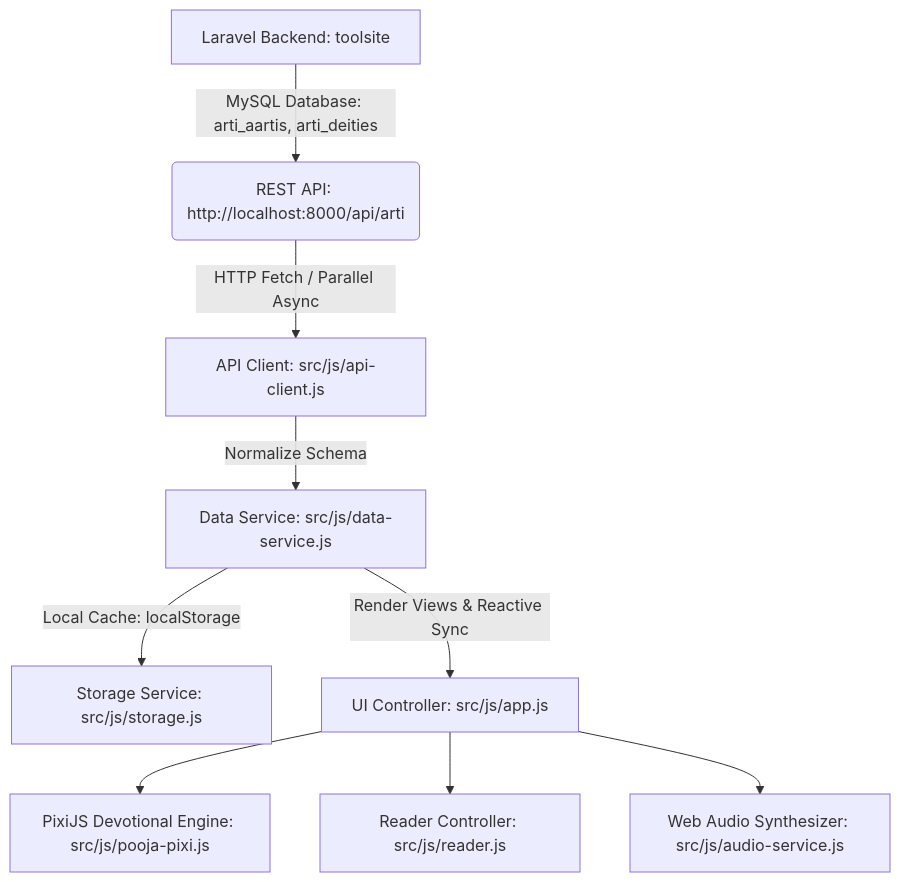
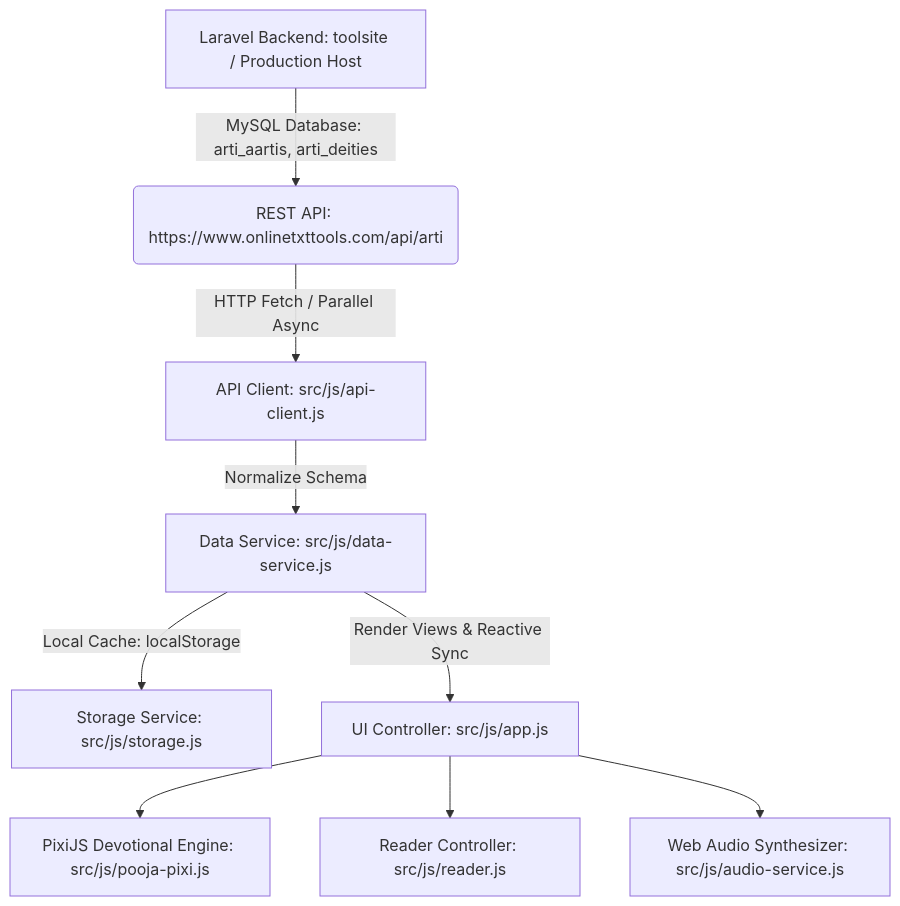
One commit to mahethekiller/ArtiAppNew changed the diagram in PROJECT_INFO.md. Above: the diagram before and after it, drawn with Mermaid. The commit also changed other lines of this file and 71 other files, not shown here.

````diff
--- a/PROJECT_INFO.md
+++ b/PROJECT_INFO.md
@@ -27,11 +27,11 @@
 ```mermaid
 graph TD
-    A[Laravel Backend: toolsite] -->|MySQL Database: arti_aartis, arti_deities| B(REST API: http://localhost:8000/api/arti)
+    A[Laravel Backend: toolsite / Production Host] -->|MySQL Database: arti_aartis, arti_deities| B(REST API: https://www.onlinetxttools.com/api/arti)
     B -->|HTTP Fetch / Parallel Async| C[API Client: src/js/api-client.js]
     C -->|Normalize Schema| D[Data Service: src/js/data-service.js]
     D -->|Local Cache: localStorage| E[Storage Service: src/js/storage.js]
     D -->|Render Views & Reactive Sync| F[UI Controller: src/js/app.js]
     F --> G[PixiJS Devotional Engine: src/js/pooja-pixi.js]
     F --> H[Reader Controller: src/js/reader.js]
     F --> I[Web Audio Synthesizer: src/js/audio-service.js]
 ```
````
